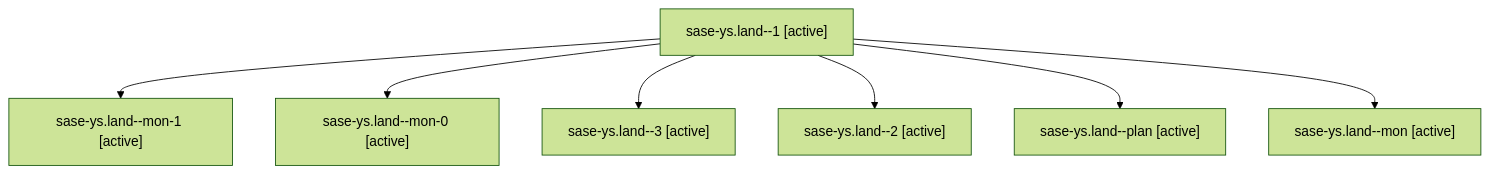
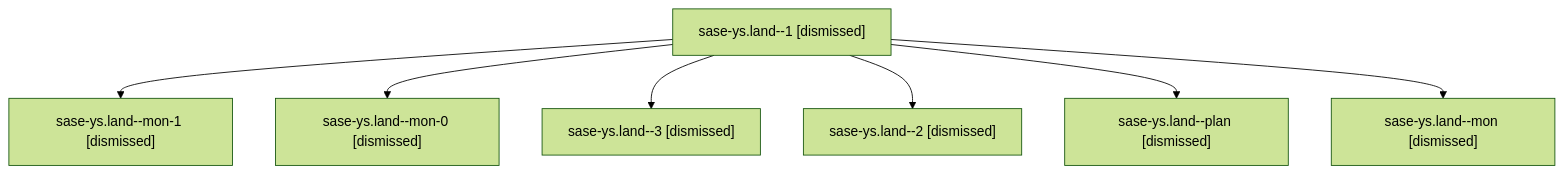
One commit to sase-org/sase--agents changed the diagram in sessions/bbugyi200.athena.sase-ys.land.md. Above: the diagram before and after it, drawn with Mermaid (forest theme). The commit also changed other lines of this file and 141 other files, not shown here.

````diff
--- a/sessions/bbugyi200.athena.sase-ys.land.md
+++ b/sessions/bbugyi200.athena.sase-ys.land.md
@@ -9,16 +9,16 @@
 ```mermaid
 flowchart TD
-  n0["sase-ys.land--1 [active]"]
-  n1["sase-ys.land--mon-1 [active]"]
+  n0["sase-ys.land--1 [dismissed]"]
+  n1["sase-ys.land--mon-1 [dismissed]"]
   n0 --> n1
-  n2["sase-ys.land--mon-0 [active]"]
+  n2["sase-ys.land--mon-0 [dismissed]"]
   n0 --> n2
-  n3["sase-ys.land--3 [active]"]
+  n3["sase-ys.land--3 [dismissed]"]
   n0 --> n3
-  n4["sase-ys.land--2 [active]"]
+  n4["sase-ys.land--2 [dismissed]"]
   n0 --> n4
-  n5["sase-ys.land--plan [active]"]
+  n5["sase-ys.land--plan [dismissed]"]
   n0 --> n5
-  n6["sase-ys.land--mon [active]"]
+  n6["sase-ys.land--mon [dismissed]"]
   n0 --> n6
 ```
````
